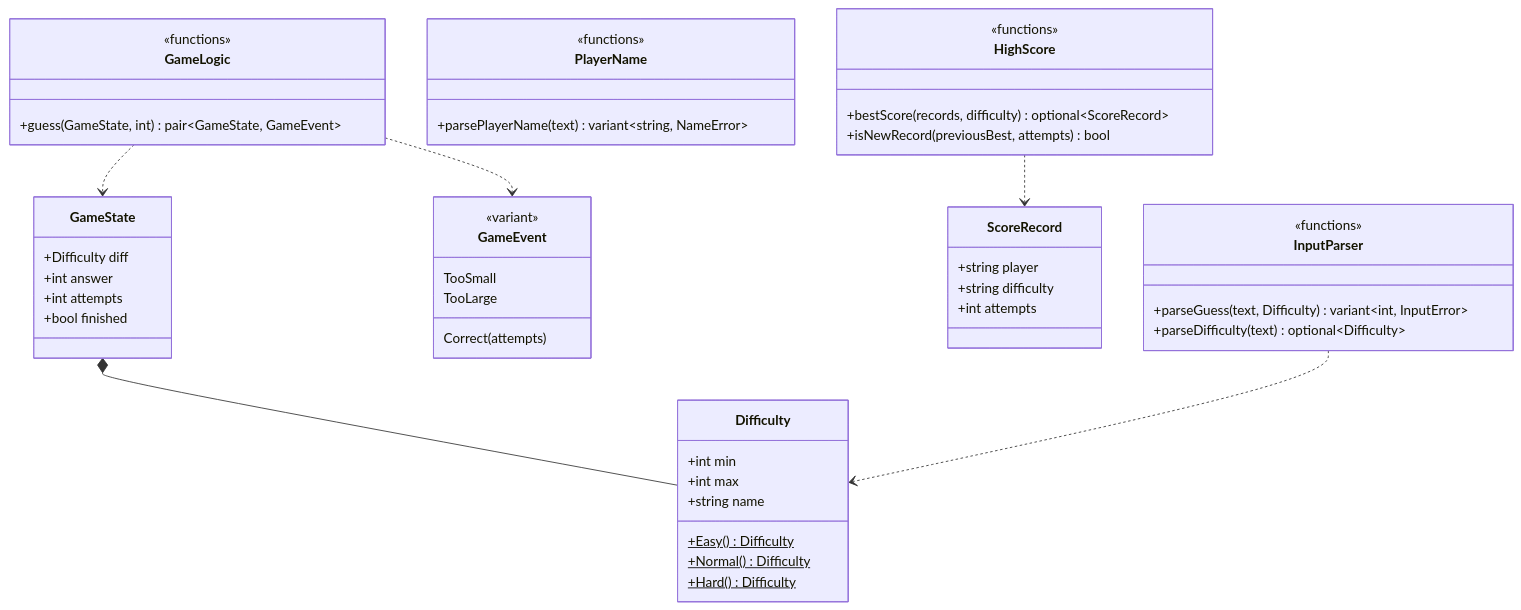
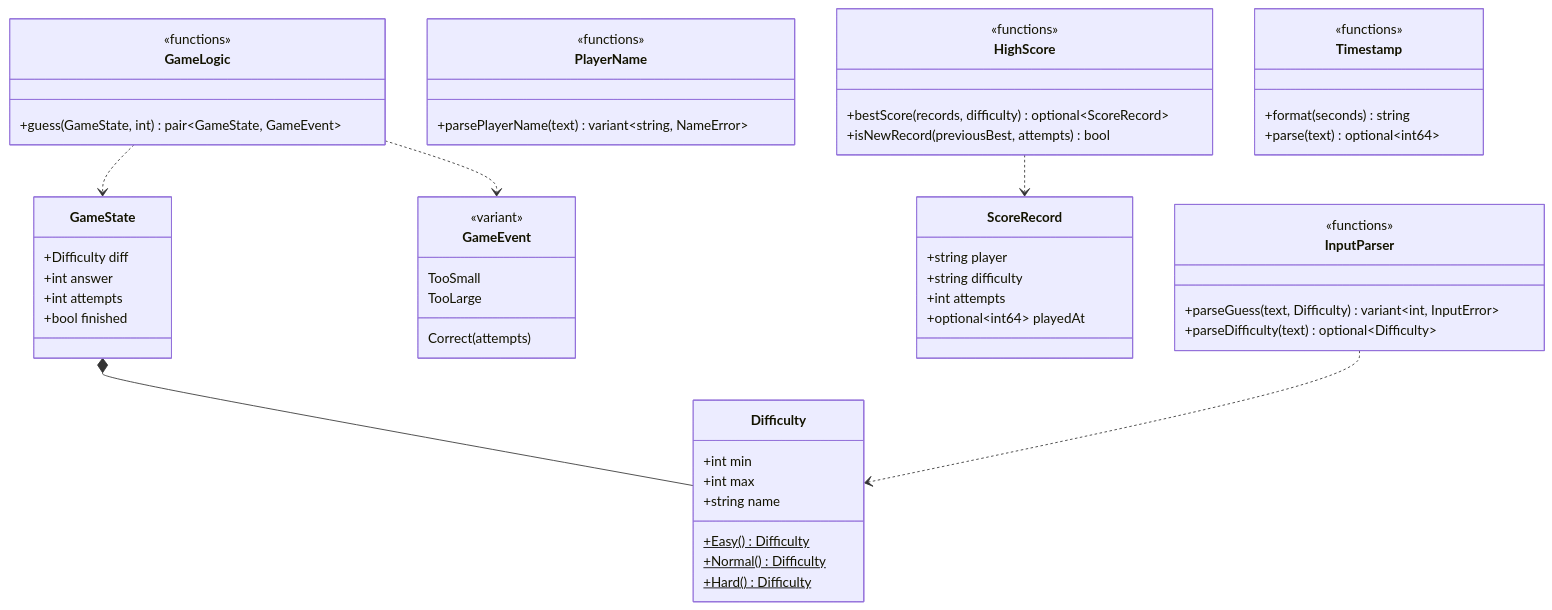
One commit to KoichiKurita/CPPlang-Number-Guess-Game changed the first of 2 diagrams in docs/design.md. Above: the diagram before and after it, drawn with Mermaid. The commit also changed other lines of this file and 5 other files, not shown here.

````diff
--- a/docs/design.md
+++ b/docs/design.md
@@ -21,52 +21,58 @@
 ```mermaid
 classDiagram
     class Difficulty {
         +int min
         +int max
         +string name
         +Easy()$ Difficulty
         +Normal()$ Difficulty
         +Hard()$ Difficulty
     }
     class GameState {
         +Difficulty diff
         +int answer
         +int attempts
         +bool finished
     }
     class GameEvent {
         <<variant>>
         TooSmall
         TooLarge
         Correct(attempts)
     }
     class ScoreRecord {
         +string player
         +string difficulty
         +int attempts
+        +optional~int64~ playedAt
     }
     class GameLogic {
         <<functions>>
         +guess(GameState, int) pair~GameState, GameEvent~
     }
     class InputParser {
         <<functions>>
         +parseGuess(text, Difficulty) variant~int, InputError~
         +parseDifficulty(text) optional~Difficulty~
     }
     class PlayerName {
         <<functions>>
         +parsePlayerName(text) variant~string, NameError~
     }
     class HighScore {
         <<functions>>
         +bestScore(records, difficulty) optional~ScoreRecord~
         +isNewRecord(previousBest, attempts) bool
     }
+    class Timestamp {
+        <<functions>>
+        +format(seconds) string
+        +parse(text) optional~int64~
+    }
 
     GameState *-- Difficulty
     GameLogic ..> GameState
     GameLogic ..> GameEvent
     InputParser ..> Difficulty
     HighScore ..> ScoreRecord
 ```
````
